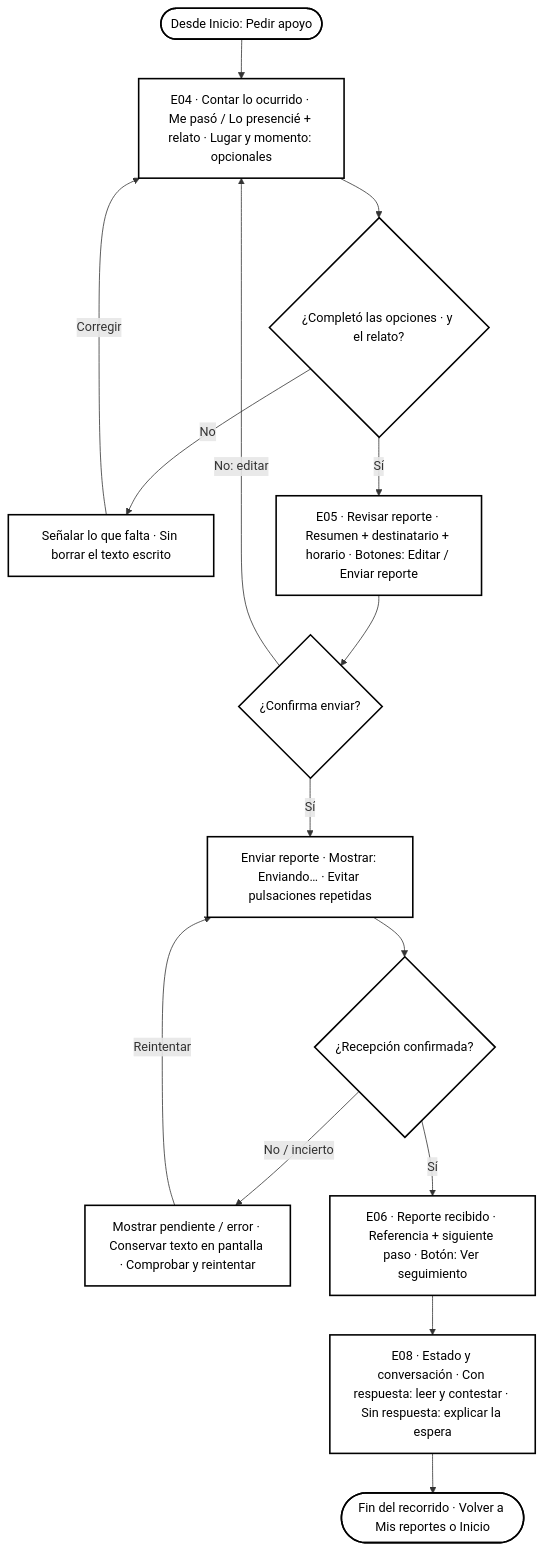
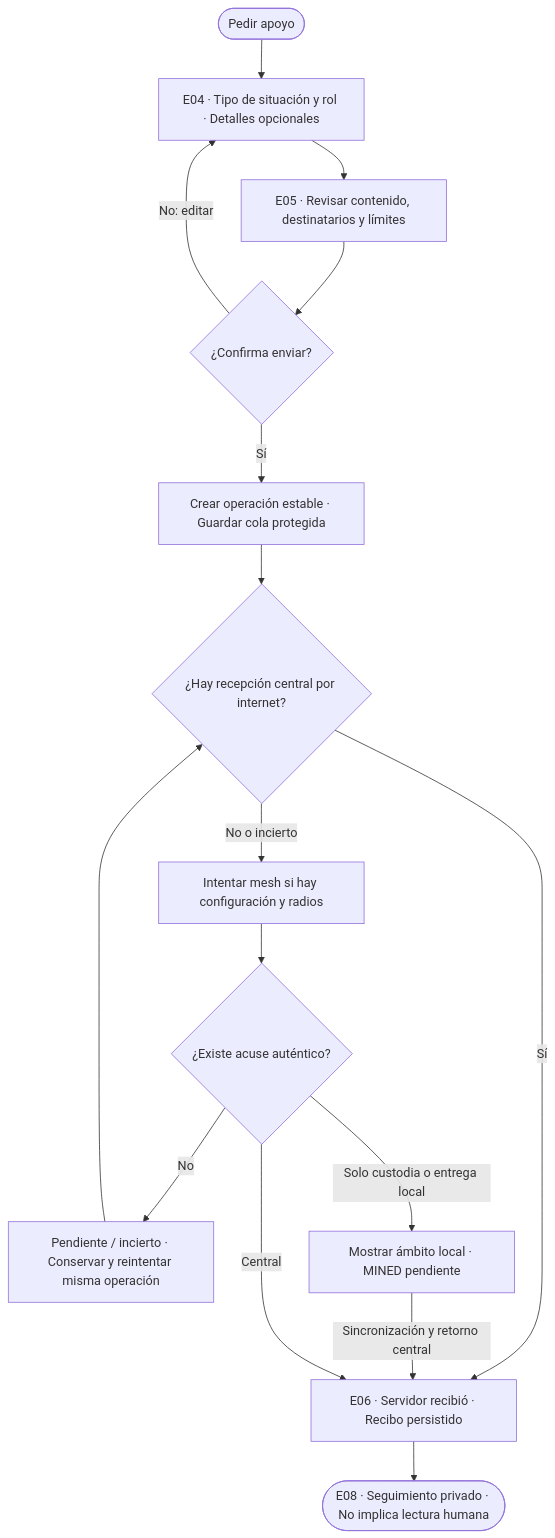
Before and after one commit to JaBaca67/Setu-Unicef-Bugnuelitos-UAM: the diagram in docs/diseno/flujos/03-reporte.mmd, drawn with Mermaid. The commit also changed 12 other files, not shown here.

Commit message:
docs: actualizar siete flujos Mermaid y retirar vistas obsoletas

```diff
--- a/docs/diseno/flujos/03-reporte.mmd
+++ b/docs/diseno/flujos/03-reporte.mmd
@@ -1,30 +1,16 @@
-%% HISTORICO: acceso y persistencia sustituidos por ADR 0003; actualizar antes de implementar.
 flowchart TD
-    start(["Desde Inicio: Pedir apoyo"])
-    form["E04 · Contar lo ocurrido · Me pasó / Lo presencié + relato · Lugar y momento: opcionales"]
-    complete{"¿Completó las opciones · y el relato?"}
-    fix["Señalar lo que falta · Sin borrar el texto escrito"]
-    review["E05 · Revisar reporte · Resumen + destinatario + horario · Botones: Editar / Enviar reporte"]
-    confirm{"¿Confirma enviar?"}
-    send["Enviar reporte · Mostrar: Enviando… · Evitar pulsaciones repetidas"]
-    received{"¿Recepción confirmada?"}
-    retry["Mostrar pendiente / error · Conservar texto en pantalla · Comprobar y reintentar"]
-    receipt["E06 · Reporte recibido · Referencia + siguiente paso · Botón: Ver seguimiento"]
-    detail["E08 · Estado y conversación · Con respuesta: leer y contestar · Sin respuesta: explicar la espera"]
-    finish(["Fin del recorrido · Volver a Mis reportes o Inicio"])
-    start --> form
-    form --> complete
-    complete -->|"No"| fix
-    fix -->|"Corregir"| form
-    complete -->|"Sí"| review
-    review --> confirm
-    confirm -->|"No: editar"| form
-    confirm -->|"Sí"| send
-    send --> received
-    received -->|"No / incierto"| retry
-    retry -->|"Reintentar"| send
-    received -->|"Sí"| receipt
-    receipt --> detail
-    detail --> finish
-    classDef plain fill:#fff,stroke:#000,color:#000,stroke-width:2px;
-    class start,form,complete,fix,review,confirm,send,received,retry,receipt,detail,finish plain;
+    A(["Pedir apoyo"]) --> B["E04 · Tipo de situación y rol · Detalles opcionales"]
+    B --> C["E05 · Revisar contenido, destinatarios y límites"]
+    C --> D{"¿Confirma enviar?"}
+    D -->|"No: editar"| B
+    D -->|"Sí"| E["Crear operación estable · Guardar cola protegida"]
+    E --> F{"¿Hay recepción central por internet?"}
+    F -->|"Sí"| G["E06 · Servidor recibió · Recibo persistido"]
+    F -->|"No o incierto"| H["Intentar mesh si hay configuración y radios"]
+    H --> I{"¿Existe acuse auténtico?"}
+    I -->|"No"| J["Pendiente / incierto · Conservar y reintentar misma operación"]
+    J --> F
+    I -->|"Solo custodia o entrega local"| K["Mostrar ámbito local · MINED pendiente"]
+    K -->|"Sincronización y retorno central"| G
+    I -->|"Central"| G
+    G --> L(["E08 · Seguimiento privado · No implica lectura humana"])
```
